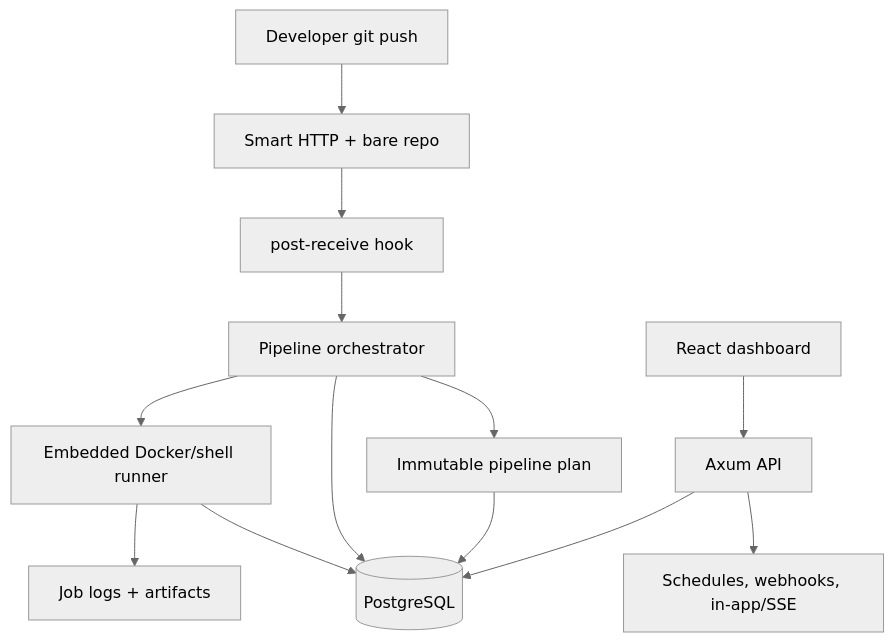
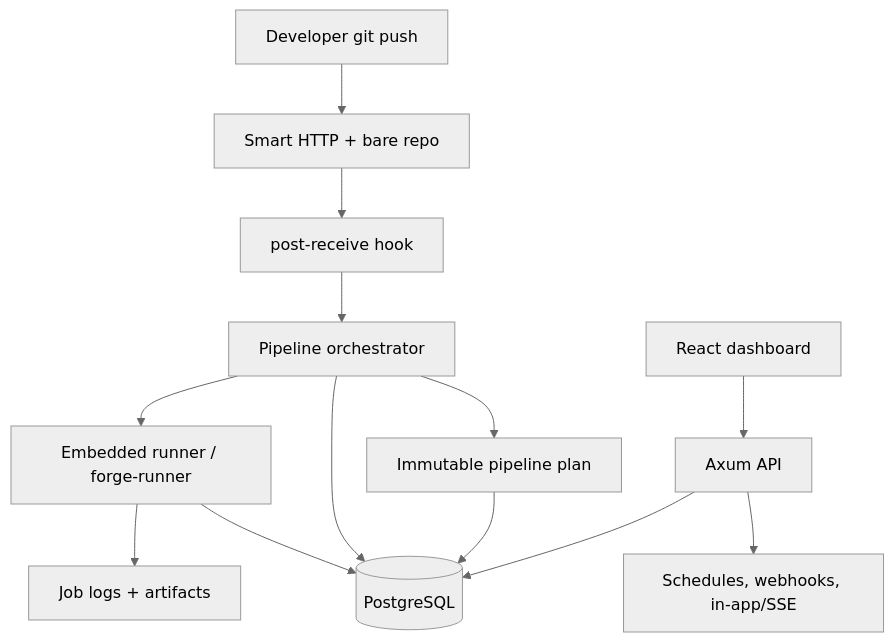
Before and after one commit to FerrPOINT/CI-CD: the diagram in README.md, drawn with Mermaid (neutral theme). The commit also changed other lines of this file and 38 other files, not shown here.

Commit message:
feat: add forge runner shell binary

````diff
--- a/README.md
+++ b/README.md
@@ -128,15 +128,15 @@
 ```mermaid
 flowchart TD
     Dev[Developer git push] --> Git[Smart HTTP + bare repo]
     Git --> Hook[post-receive hook]
     Hook --> Pipe[Pipeline orchestrator]
     Pipe --> Plan[Immutable pipeline plan]
-    Pipe --> Runner[Embedded Docker/shell runner]
+    Pipe --> Runner[Embedded runner / forge-runner]
     Runner --> Logs[Job logs + artifacts]
     API[Axum API] --> DB[(PostgreSQL)]
     UI[React dashboard] --> API
     Plan --> DB
     Pipe --> DB
     Runner --> DB
     API --> Notify[Schedules, webhooks, in-app/SSE]
 ```
````
